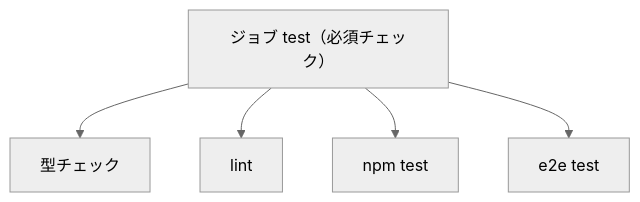
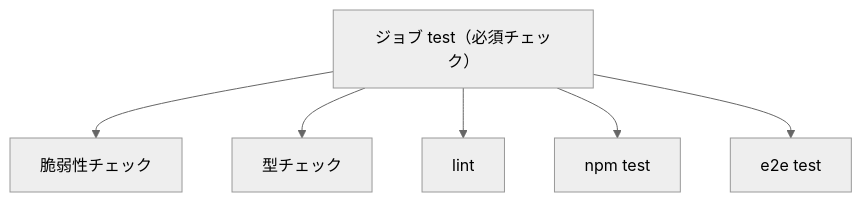
The third of 3 diagrams in docs/design/ci.md (yuuya-1205/selfsketch-web), drawn with Mermaid (neutral theme) before and after one commit. The commit also changed other lines of this file, not shown here.

````diff
--- a/docs/design/ci.md
+++ b/docs/design/ci.md
@@ -63,7 +66,8 @@
 ```mermaid
 flowchart TD
-  J["ジョブ test（必須チェック）"] --> S1[型チェック]
-  J --> S2[lint]
-  J --> S3[npm test]
-  J --> S4[e2e test]
+  J["ジョブ test（必須チェック）"] --> S1[脆弱性チェック]
+  J --> S2[型チェック]
+  J --> S3[lint]
+  J --> S4[npm test]
+  J --> S5[e2e test]
 ```
````
